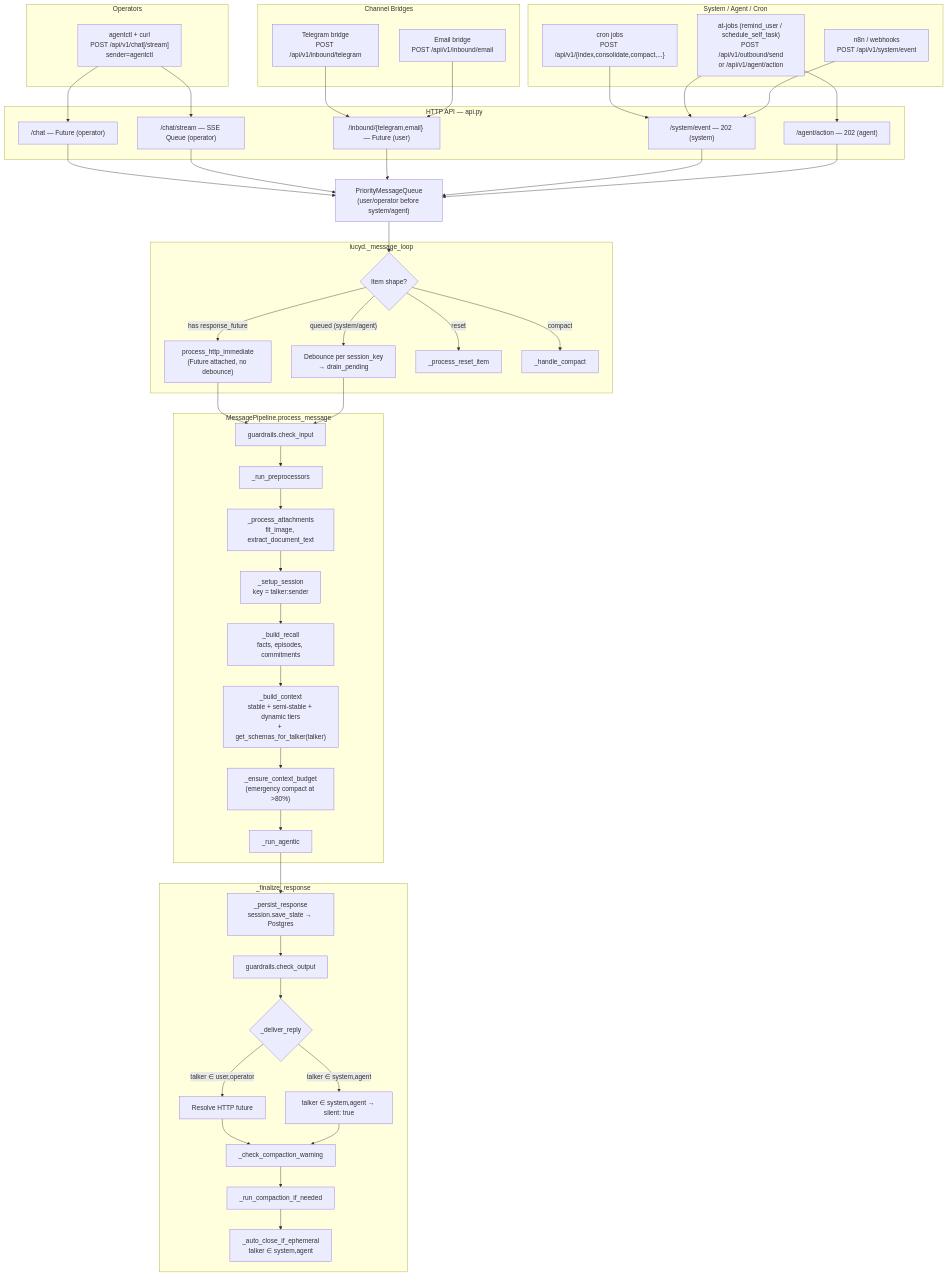
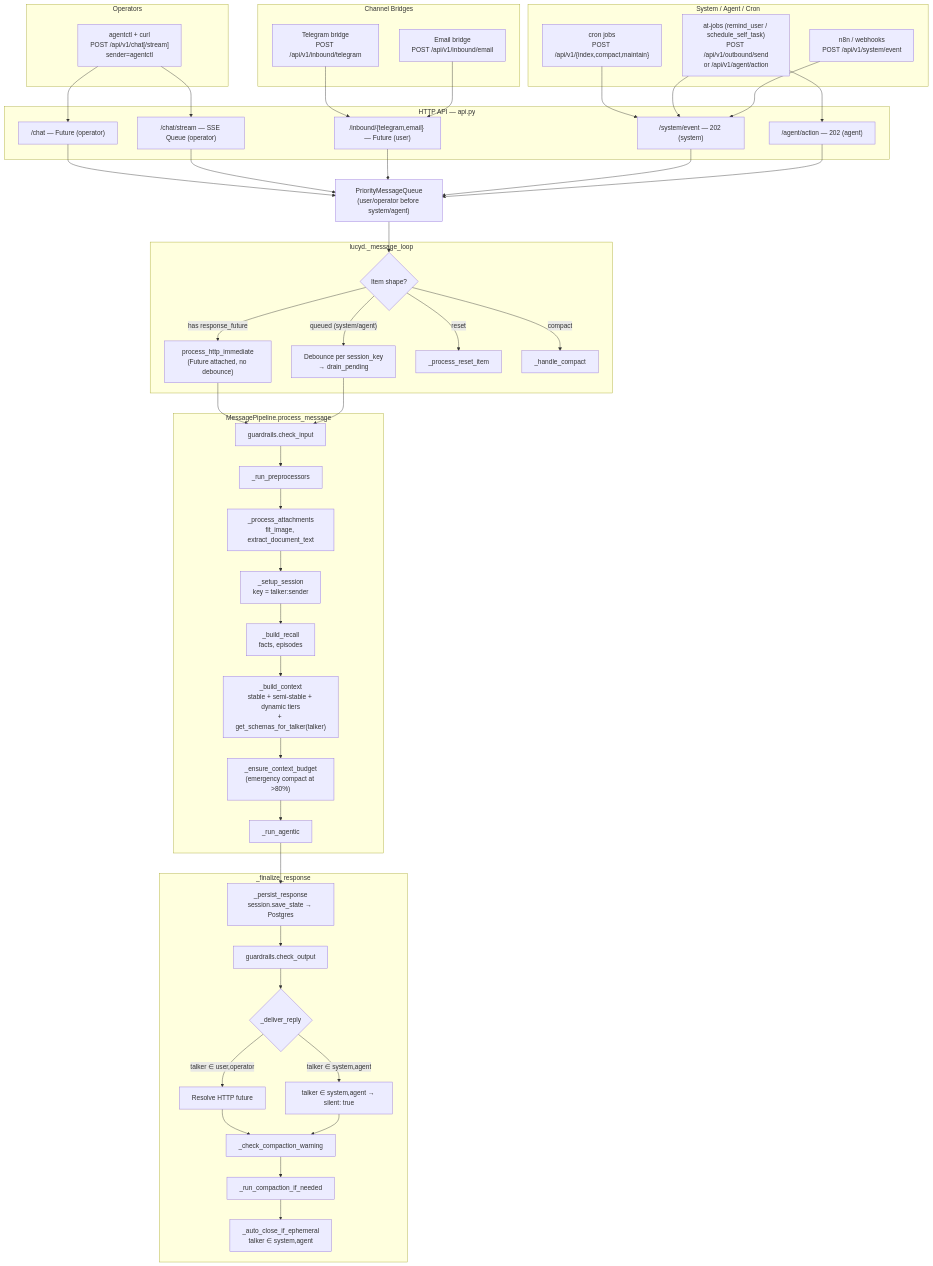
One commit to nicolasforstinger/lucyd changed the first of 10 diagrams in docs/diagrams.md. Above: the diagram before and after it, drawn with Mermaid. The commit also changed other lines of this file and 65 other files, not shown here.

````diff
--- a/docs/diagrams.md
+++ b/docs/diagrams.md
@@ -34,80 +34,80 @@
 ```mermaid
 flowchart TD
     subgraph Bridges["Channel Bridges"]
         TG["Telegram bridge<br/>POST /api/v1/inbound/telegram"]
         EMAIL["Email bridge<br/>POST /api/v1/inbound/email"]
     end
 
     subgraph Operators["Operators"]
         AGENTCTL["agentctl + curl<br/>POST /api/v1/chat[/stream]<br/>sender=agentctl"]
     end
 
     subgraph Background["System / Agent / Cron"]
-        CRON["cron jobs<br/>POST /api/v1/{index,consolidate,compact,...}"]
+        CRON["cron jobs<br/>POST /api/v1/{index,compact,maintain}"]
         AT["at-jobs (remind_user / schedule_self_task)<br/>POST /api/v1/outbound/send<br/>or /api/v1/agent/action"]
         N8N["n8n / webhooks<br/>POST /api/v1/system/event"]
     end
 
     subgraph API["HTTP API — api.py"]
         CHAT["/chat — Future (operator)"]
         STREAM["/chat/stream — SSE Queue (operator)"]
         IN["/inbound/{telegram,email} — Future (user)"]
         SE["/system/event — 202 (system)"]
         AA["/agent/action — 202 (agent)"]
     end
 
     PQ["PriorityMessageQueue<br/>(user/operator before system/agent)"]
 
     subgraph Loop["lucyd._message_loop"]
         TYPE{"Item shape?"}
         IMMEDIATE["process_http_immediate<br/>(Future attached, no debounce)"]
         DEB["Debounce per session_key<br/>→ drain_pending"]
         RESET["_process_reset_item"]
         COMPACT["_handle_compact"]
     end
 
     subgraph Process["MessagePipeline.process_message"]
         GUARD_IN["guardrails.check_input"]
         PREPROC["_run_preprocessors"]
         ATTACH["_process_attachments<br/>fit_image, extract_document_text"]
         SETUP["_setup_session<br/>key = talker:sender"]
-        RECALL["_build_recall<br/>facts, episodes, commitments"]
+        RECALL["_build_recall<br/>facts, episodes"]
         BUILD["_build_context<br/>stable + semi-stable + dynamic tiers<br/>+ get_schemas_for_talker(talker)"]
         BUDGET["_ensure_context_budget<br/>(emergency compact at >80%)"]
         RUN["_run_agentic"]
     end
 
     subgraph Finalize["_finalize_response"]
         PERSIST["_persist_response<br/>session.save_state → Postgres"]
         GUARD_OUT["guardrails.check_output"]
         DELIVER{"_deliver_reply"}
         SYNC["Resolve HTTP future"]
         SILENT["talker ∈ system,agent → silent: true"]
         WARN["_check_compaction_warning"]
         COMPACT_RUN["_run_compaction_if_needed"]
         AUTOCLOSE["_auto_close_if_ephemeral<br/>talker ∈ system,agent"]
     end
 
     TG --> IN
     EMAIL --> IN
     AGENTCTL --> CHAT & STREAM
     CRON --> SE
     AT --> SE & AA
     N8N --> SE
 
     CHAT & STREAM & IN --> PQ
     SE & AA --> PQ
     PQ --> TYPE
     TYPE -->|"has response_future"| IMMEDIATE
     TYPE -->|"queued (system/agent)"| DEB
     TYPE -->|reset| RESET
     TYPE -->|compact| COMPACT
 
     IMMEDIATE --> GUARD_IN
     DEB --> GUARD_IN
     GUARD_IN --> PREPROC --> ATTACH --> SETUP --> RECALL --> BUILD --> BUDGET --> RUN
     RUN --> PERSIST --> GUARD_OUT --> DELIVER
     DELIVER -->|"talker ∈ user,operator"| SYNC --> WARN
     DELIVER -->|"talker ∈ system,agent"| SILENT --> WARN
     WARN --> COMPACT_RUN --> AUTOCLOSE
 ```
````
